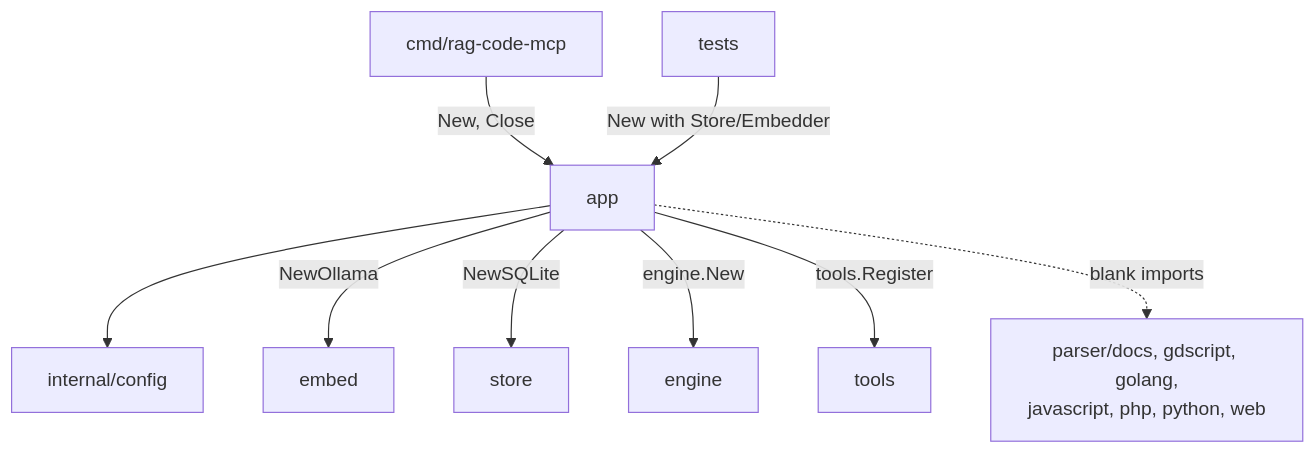
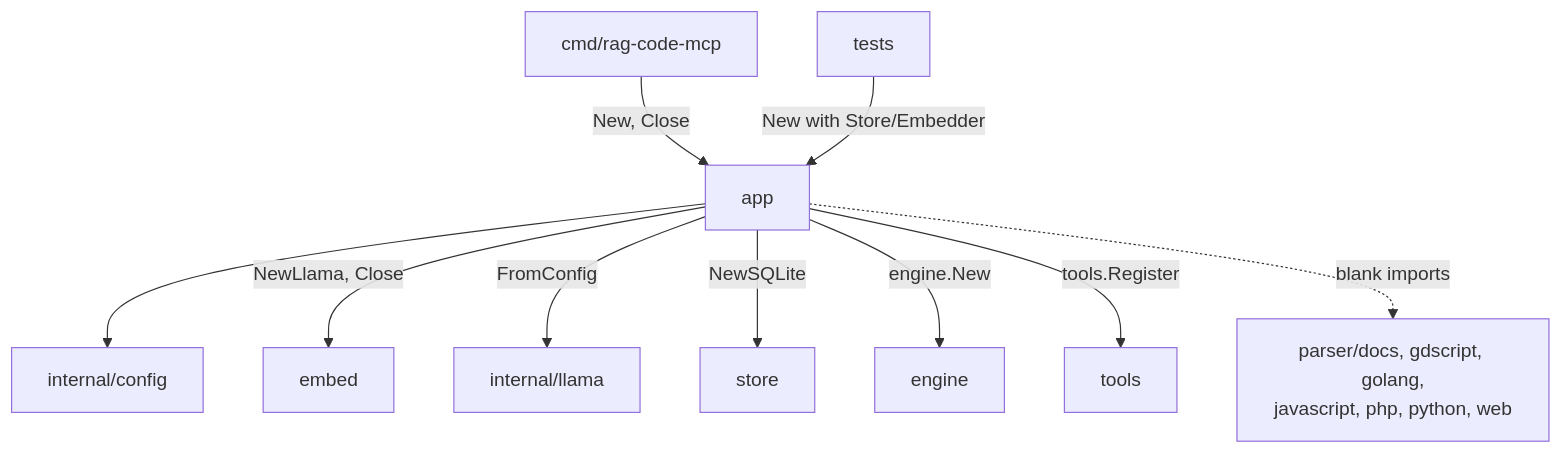
One commit to doITmagic/rag-code-mcp changed the diagram in internal/app/README.md. Above: the diagram before and after it, drawn with Mermaid. The commit also changed other lines of this file and 15 other files, not shown here.

Commit message:
feat(tools): the app builds the llama embedder, rag_server_info reports embedder (model, runtime, state, error) instead of ollama, and rag_index_workspace queues its run without waiting for the runtime download and the model load

````diff
--- a/internal/app/README.md
+++ b/internal/app/README.md
@@ -18,11 +18,12 @@
 ```mermaid
 graph TD
     MAIN[cmd/rag-code-mcp] -->|New, Close| APP[app]
     TESTS[tests] -->|New with Store/Embedder| APP
     APP --> CFG[internal/config]
-    APP -->|NewOllama| EMBED[embed]
+    APP -->|NewLlama, Close| EMBED[embed]
+    APP -->|FromConfig| LLAMA[internal/llama]
     APP -->|NewSQLite| STORE[store]
     APP -->|engine.New| ENG[engine]
     APP -->|tools.Register| TOOLS[tools]
     APP -.->|blank imports| P[parser/docs, gdscript, golang,<br/>javascript, php, python, web]
 ```
````
